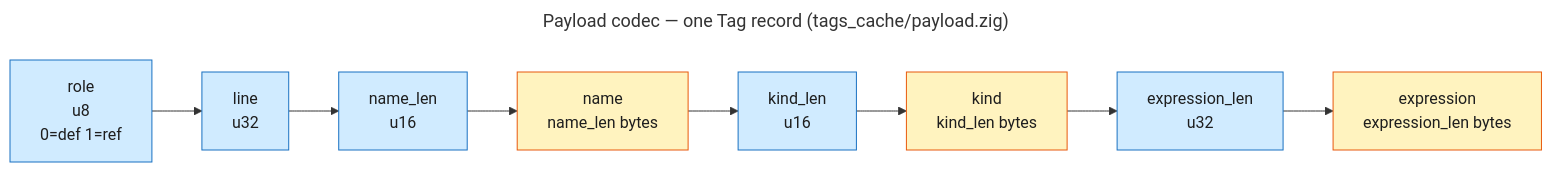
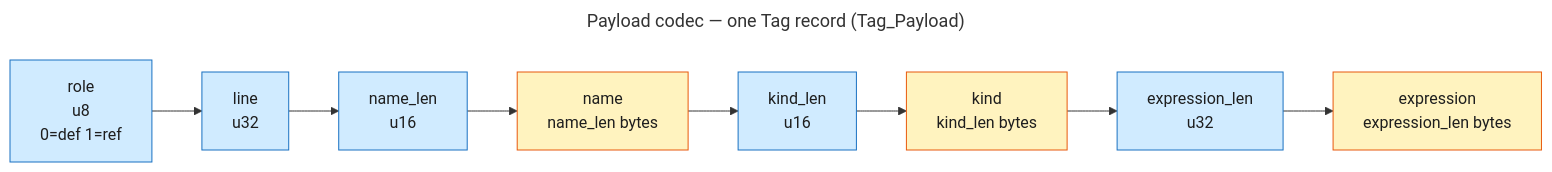
The diagram in docs/synapse/diagrams/synapse-code-cache-tag-record.mmd (imunitic/synapse), drawn with Mermaid before and after one commit. The commit also changed 993 other files, not shown here.

```diff
--- a/docs/synapse/diagrams/synapse-code-cache-tag-record.mmd
+++ b/docs/synapse/diagrams/synapse-code-cache-tag-record.mmd
@@ -1,20 +1,20 @@
 ---
-title: "Payload codec — one Tag record (tags_cache/payload.zig)"
+title: "Payload codec — one Tag record (Tag_Payload)"
 ---
 flowchart LR
     classDef fixed fill:#d0ebff,stroke:#1971c2,color:#1e1e1e
     classDef variable fill:#fff3bf,stroke:#e8590c,color:#1e1e1e
 
     ROLE["role<br/>u8<br/>0=def 1=ref"]
     LINE["line<br/>u32"]
     NAMELEN["name_len<br/>u16"]
     NAME["name<br/>name_len bytes"]
     KINDLEN["kind_len<br/>u16"]
     KIND["kind<br/>kind_len bytes"]
     EXPRLEN["expression_len<br/>u32"]
     EXPR["expression<br/>expression_len bytes"]
 
     ROLE --> LINE --> NAMELEN --> NAME --> KINDLEN --> KIND --> EXPRLEN --> EXPR
 
     class ROLE,LINE,NAMELEN,KINDLEN,EXPRLEN fixed
     class NAME,KIND,EXPR variable
```
